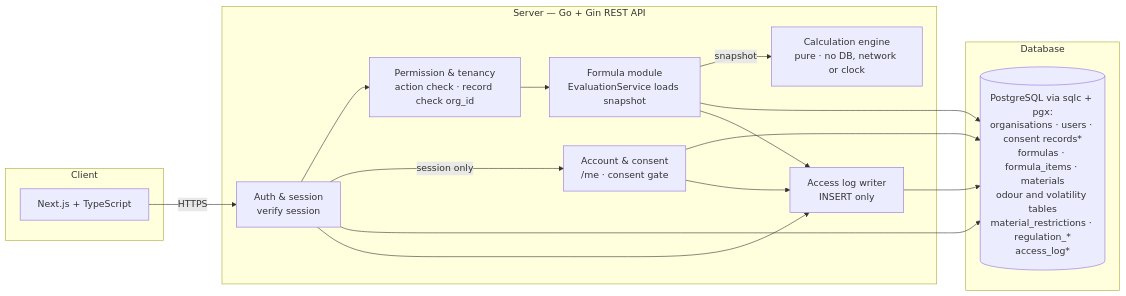
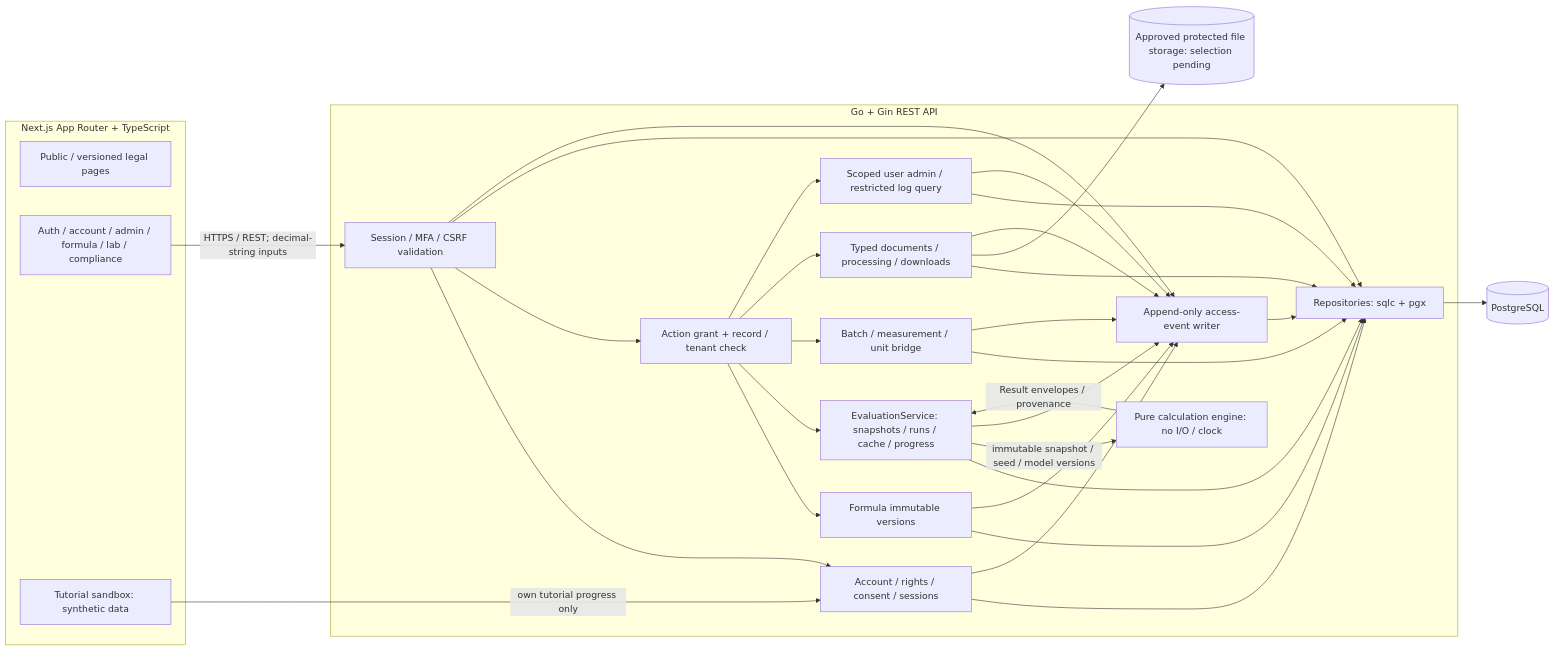
Before and after one commit to projectSE-1/fragform-proposal: the third of 4 diagrams in .docs/02-design/diagrams.md, drawn with Mermaid. The commit also changed other lines of this file and 3 other files, not shown here.

Commit message:
docs(design): align architecture and models with adopted MVP

````diff
--- a/.docs/02-design/diagrams.md
+++ b/.docs/02-design/diagrams.md
@@ -70,30 +76,51 @@
 ```mermaid
 flowchart LR
-    subgraph Client
-        UI[Next.js + TypeScript]
+    subgraph CLIENT[Next.js App Router + TypeScript]
+        STATIC[Public / versioned legal pages]
+        UI[Auth / account / admin / formula / lab / compliance]
+        DEMO[Tutorial sandbox: synthetic data]
     end
-    subgraph Server["Server — Go + Gin REST API"]
-        AUTH[Auth & session<br/>verify session]
-        PERM[Permission & tenancy<br/>action check · record check org_id]
-        FORM[Formula module<br/>EvaluationService loads snapshot]
-        ENGINE[Calculation engine<br/>pure · no DB, network or clock]
-        ACC[Account & consent<br/>/me · consent gate]
-        LOG[Access log writer<br/>INSERT only]
+    subgraph SERVER[Go + Gin REST API]
+        AUTH[Session / MFA / CSRF validation]
+        PERM[Action grant + record / tenant check]
+        ACC[Account / rights / consent / sessions]
+        ORCH[EvaluationService: snapshots / runs / cache / progress]
+        ENGINE[Pure calculation engine: no I/O / clock]
+        FORM[Formula immutable versions]
+        LAB[Batch / measurement / unit bridge]
+        DOC[Typed documents / processing / downloads]
+        ADMIN[Scoped user admin / restricted log query]
+        LOG[Append-only access-event writer]
+        DATA[Repositories: sqlc + pgx]
     end
-    subgraph Database
-        DB[(PostgreSQL via sqlc + pgx:<br/>organisations · users · consent records*<br/>formulas · formula_items · materials<br/>odour and volatility tables<br/>material_restrictions · regulation_*<br/>access_log*)]
-    end
-
-    UI -->|HTTPS| AUTH
+    DB[(PostgreSQL)]
+    FILES[(Approved protected file storage: selection pending)]
+    UI -->|HTTPS / REST; decimal-string inputs| AUTH
+    AUTH --> ACC
     AUTH --> PERM
     PERM --> FORM
-    AUTH -->|session only| ACC
-    FORM -->|snapshot| ENGINE
-    AUTH --> DB
-    FORM --> DB
-    ACC --> DB
+    PERM --> ORCH
+    PERM --> LAB
+    PERM --> DOC
+    PERM --> ADMIN
+    DEMO -->|own tutorial progress only| ACC
+    FORM --> DATA
+    ORCH --> DATA
+    ORCH -->|immutable snapshot / seed / model versions| ENGINE
+    ENGINE -->|Result envelopes / provenance| ORCH
+    LAB --> DATA
+    DOC --> DATA
+    DOC --> FILES
+    ACC --> DATA
+    AUTH --> DATA
+    ADMIN --> DATA
     AUTH --> LOG
     FORM --> LOG
+    ORCH --> LOG
+    LAB --> LOG
+    DOC --> LOG
     ACC --> LOG
-    LOG --> DB
+    ADMIN --> LOG
+    LOG --> DATA
+    DATA --> DB
 ```
````
